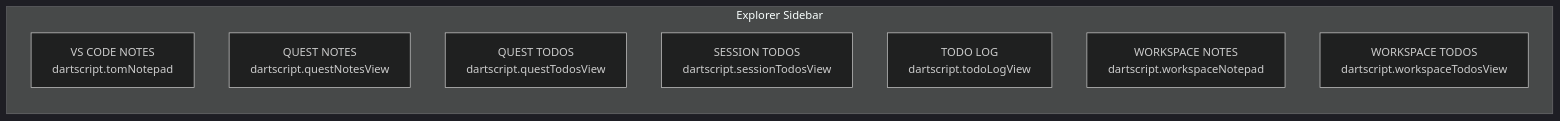
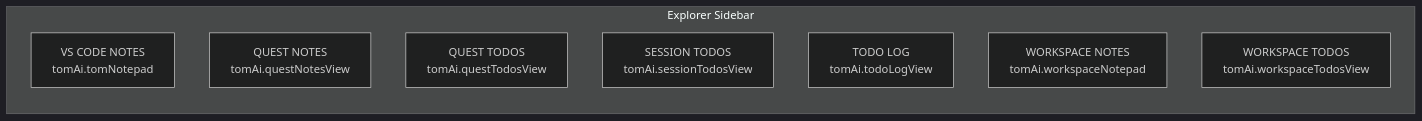
One commit to al-the-bear/tom_vscode changed the third of 13 diagrams in tom_vscode_extension/doc/extension_analysis.md. Above: the diagram before and after it, drawn with Mermaid (dark theme). The commit also changed other lines of this file and 6 other files, not shown here.

````diff
--- a/tom_vscode_extension/doc/extension_analysis.md
+++ b/tom_vscode_extension/doc/extension_analysis.md
@@ -236,12 +236,12 @@
 ```mermaid
 graph LR
     subgraph "Explorer Sidebar"
-        A["VS CODE NOTES<br/>dartscript.tomNotepad"]
-        B["QUEST NOTES<br/>dartscript.questNotesView"]
-        C["QUEST TODOS<br/>dartscript.questTodosView"]
-        D["SESSION TODOS<br/>dartscript.sessionTodosView"]
-        E["TODO LOG<br/>dartscript.todoLogView"]
-        F["WORKSPACE NOTES<br/>dartscript.workspaceNotepad"]
-        G["WORKSPACE TODOS<br/>dartscript.workspaceTodosView"]
+        A["VS CODE NOTES<br/>tomAi.tomNotepad"]
+        B["QUEST NOTES<br/>tomAi.questNotesView"]
+        C["QUEST TODOS<br/>tomAi.questTodosView"]
+        D["SESSION TODOS<br/>tomAi.sessionTodosView"]
+        E["TODO LOG<br/>tomAi.todoLogView"]
+        F["WORKSPACE NOTES<br/>tomAi.workspaceNotepad"]
+        G["WORKSPACE TODOS<br/>tomAi.workspaceTodosView"]
     end
 ```
````
